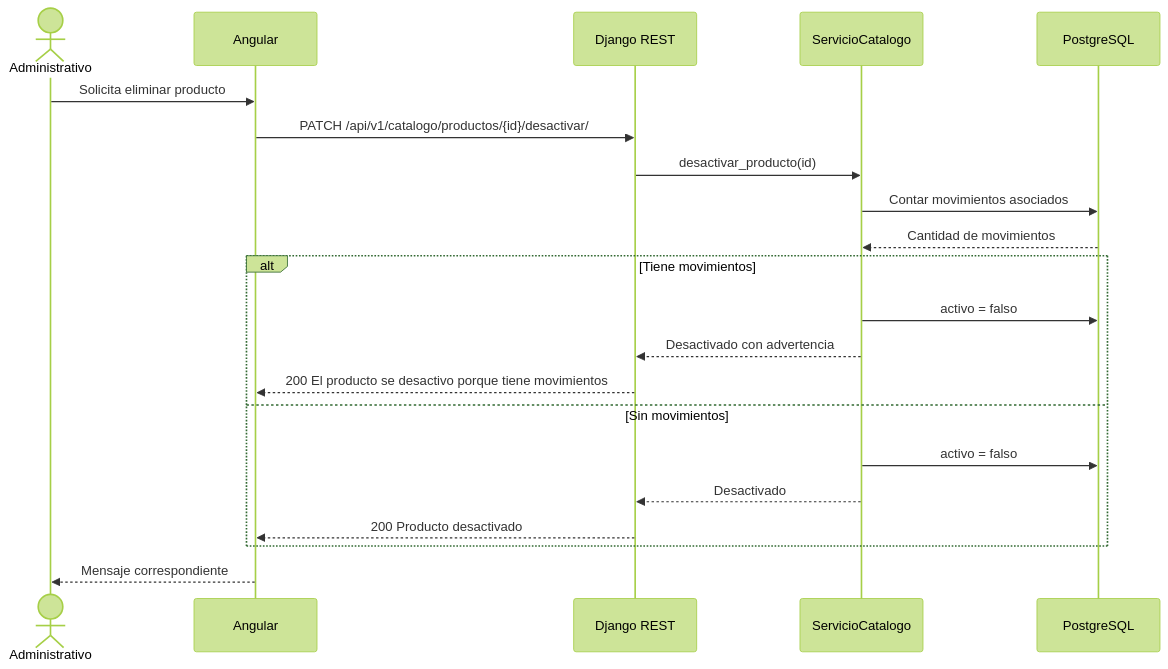
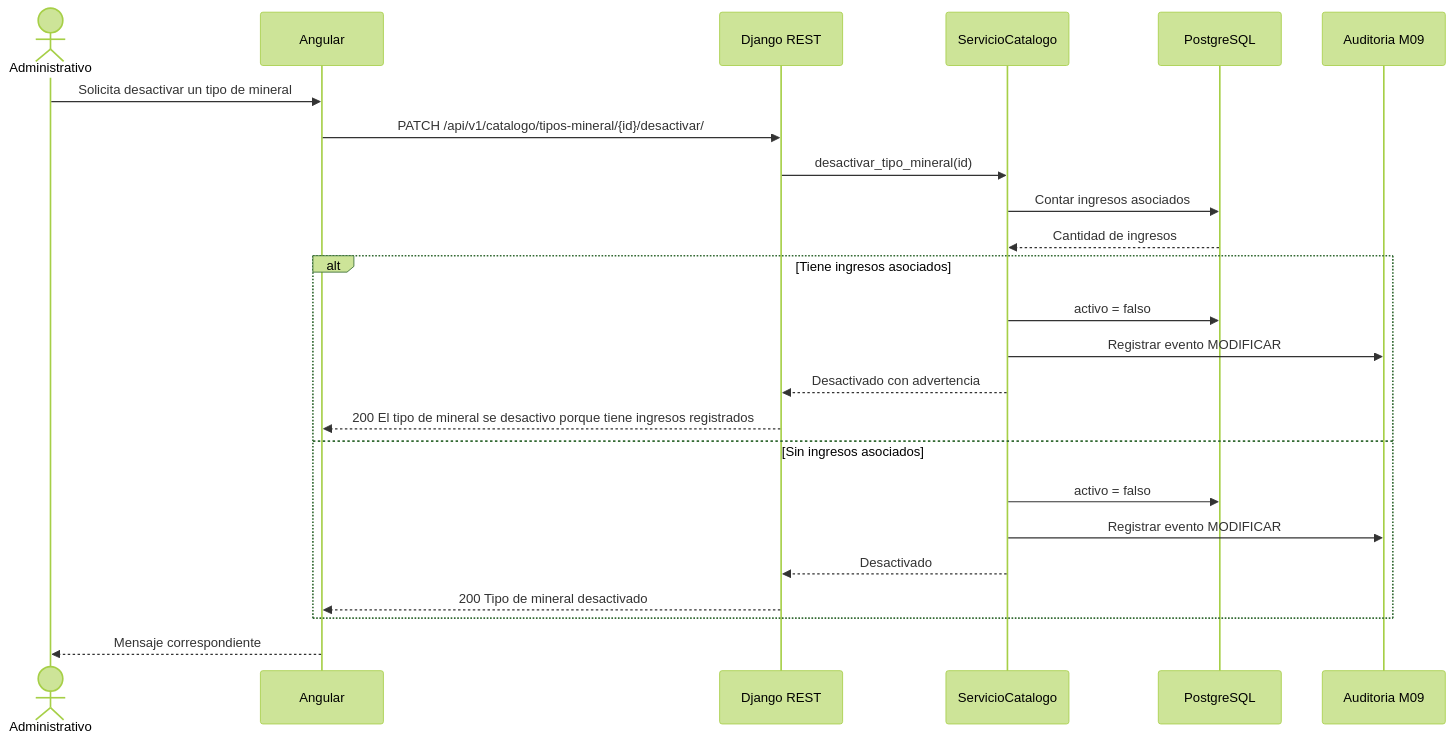
Before and after one commit to adlerOmonte1/LogisticaMinera: the second of 3 diagrams in docs/modulos/M02-catalogo/diagramas/secuencia.md, drawn with Mermaid (forest theme). The commit also changed other lines of this file and 9 other files, not shown here.

````diff
--- a/docs/modulos/M02-catalogo/diagramas/secuencia.md
+++ b/docs/modulos/M02-catalogo/diagramas/secuencia.md
@@ -37,24 +38,29 @@
 ```mermaid
 sequenceDiagram
     actor A as Administrativo
     participant NG as Angular
     participant API as Django REST
     participant SRV as ServicioCatalogo
     participant DB as PostgreSQL
+    participant AUD as Auditoria M09
 
-    A->>NG: Solicita eliminar producto
-    NG->>API: PATCH /api/v1/catalogo/productos/{id}/desactivar/
-    API->>SRV: desactivar_producto(id)
-    SRV->>DB: Contar movimientos asociados
-    DB-->>SRV: Cantidad de movimientos
-    alt Tiene movimientos
+    A->>NG: Solicita desactivar un tipo de mineral
+    NG->>API: PATCH /api/v1/catalogo/tipos-mineral/{id}/desactivar/
+    API->>SRV: desactivar_tipo_mineral(id)
+    SRV->>DB: Contar ingresos asociados
+    DB-->>SRV: Cantidad de ingresos
+
+    alt Tiene ingresos asociados
         SRV->>DB: activo = falso
+        SRV->>AUD: Registrar evento MODIFICAR
         SRV-->>API: Desactivado con advertencia
-        API-->>NG: 200 El producto se desactivo porque tiene movimientos
-    else Sin movimientos
+        API-->>NG: 200 El tipo de mineral se desactivo porque tiene ingresos registrados
+    else Sin ingresos asociados
         SRV->>DB: activo = falso
+        SRV->>AUD: Registrar evento MODIFICAR
         SRV-->>API: Desactivado
-        API-->>NG: 200 Producto desactivado
+        API-->>NG: 200 Tipo de mineral desactivado
     end
+
     NG-->>A: Mensaje correspondiente
 ```
````
